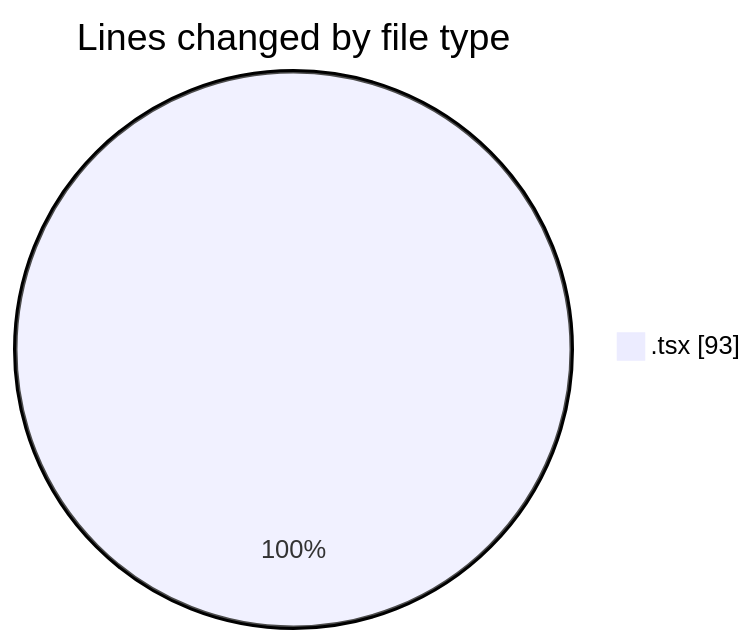
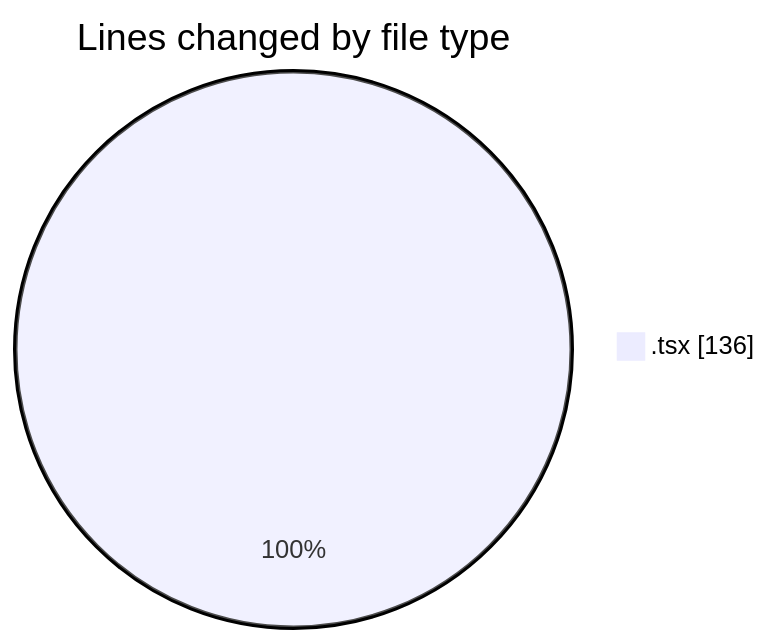
The first of 2 diagrams in 2025-01-09/mbc-web/README.md (robertbonfada/code-tracking), drawn with Mermaid before and after one commit. The commit also changed other lines of this file and 1 other file, not shown here.

````diff
--- a/2025-01-09/mbc-web/README.md
+++ b/2025-01-09/mbc-web/README.md
@@ -24,5 +24,5 @@
 ```mermaid
 pie showData
 title Lines changed by file type
-".tsx" : 93
+".tsx" : 136
 ```
````
